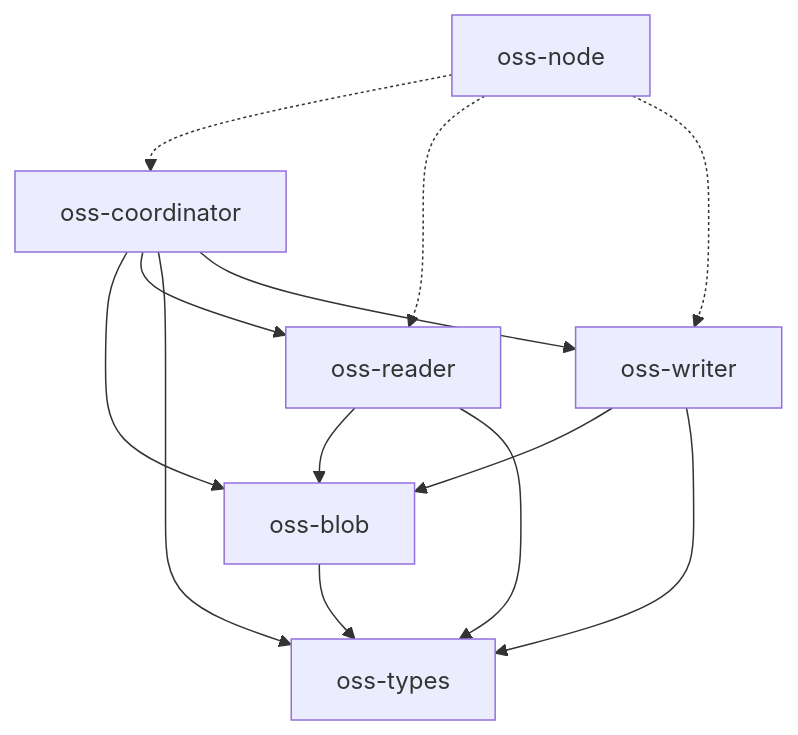
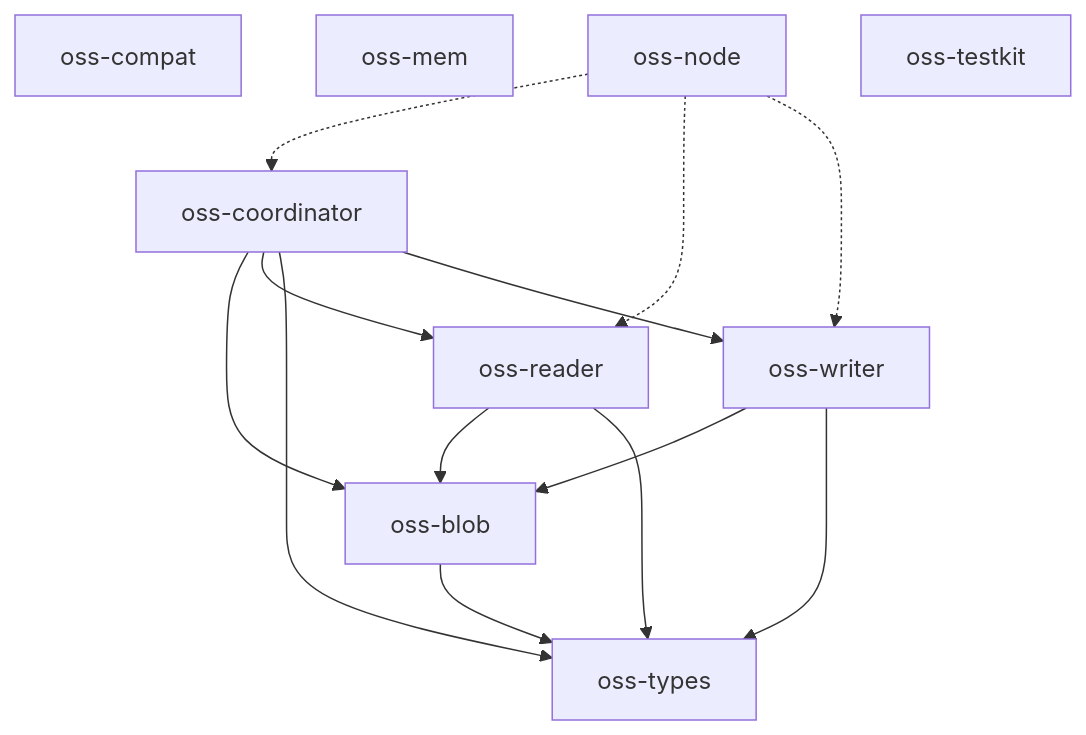
One commit to huyz0/opensearch-serverless changed the diagram in docs/architecture.md. Above: the diagram before and after it, drawn with Mermaid. The commit also changed other lines of this file and 32 other files, not shown here.

````diff
--- a/docs/architecture.md
+++ b/docs/architecture.md
@@ -10,16 +10,19 @@
 ```mermaid
 graph TD
     oss-blob --> oss-types
+    oss-compat
     oss-coordinator --> oss-blob
     oss-coordinator --> oss-reader
     oss-coordinator --> oss-types
     oss-coordinator --> oss-writer
+    oss-mem
     oss-node -.-> oss-coordinator
     oss-node -.-> oss-reader
     oss-node -.-> oss-writer
     oss-reader --> oss-blob
     oss-reader --> oss-types
+    oss-testkit
     oss-types
     oss-writer --> oss-blob
     oss-writer --> oss-types
 ```
````
